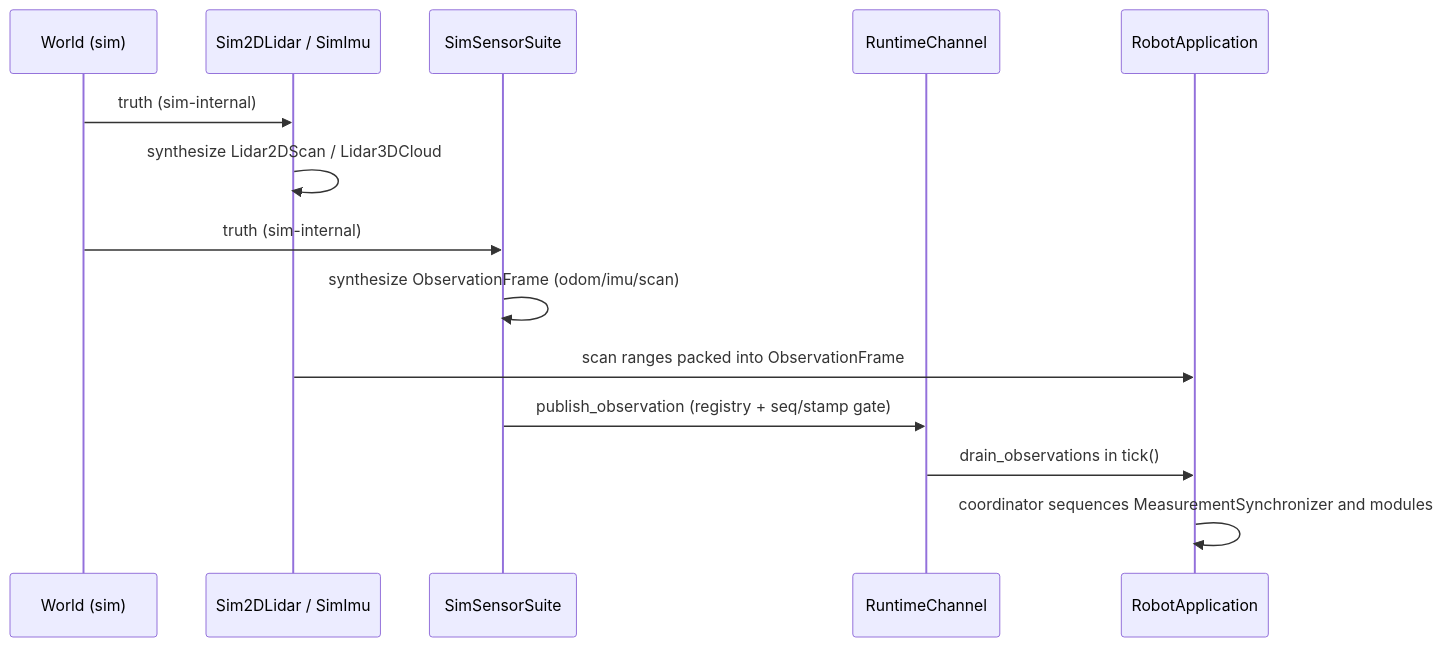
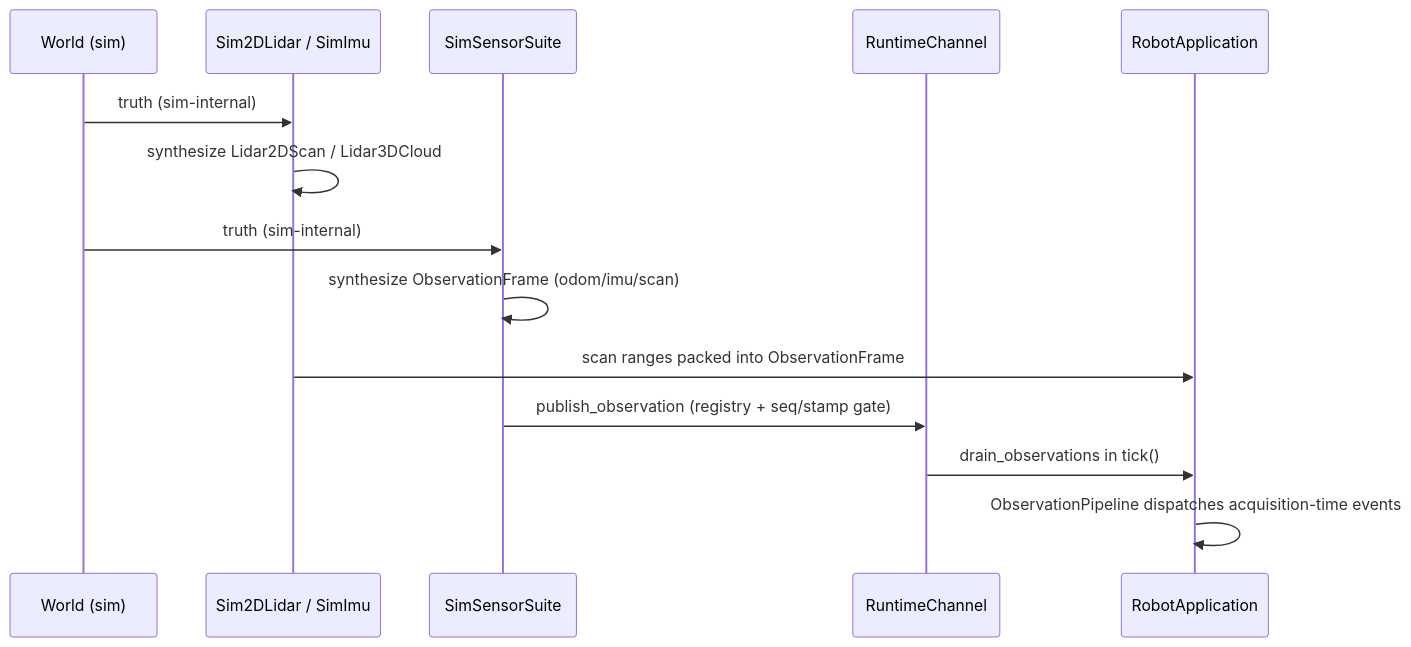
One commit to Robin-1978/lost-signal changed the third of 6 diagrams in docs/system-overview.md. Above: the diagram before and after it, drawn with Mermaid. The commit also changed other lines of this file and 7 other files, not shown here.

````diff
--- a/docs/system-overview.md
+++ b/docs/system-overview.md
@@ -91,16 +91,16 @@
 ```mermaid
 sequenceDiagram
   participant W as World (sim)
   participant L as Sim2DLidar / SimImu
   participant P as SimSensorSuite
   participant C as RuntimeChannel
   participant R as RobotApplication
   W->>L: truth (sim-internal)
   L->>L: synthesize Lidar2DScan / Lidar3DCloud
   W->>P: truth (sim-internal)
   P->>P: synthesize ObservationFrame (odom/imu/scan)
   L->>R: scan ranges packed into ObservationFrame
   P->>C: publish_observation (registry + seq/stamp gate)
   C->>R: drain_observations in tick()
- R->>R: coordinator sequences MeasurementSynchronizer and modules
+ R->>R: ObservationPipeline dispatches acquisition-time events
 ```
````
